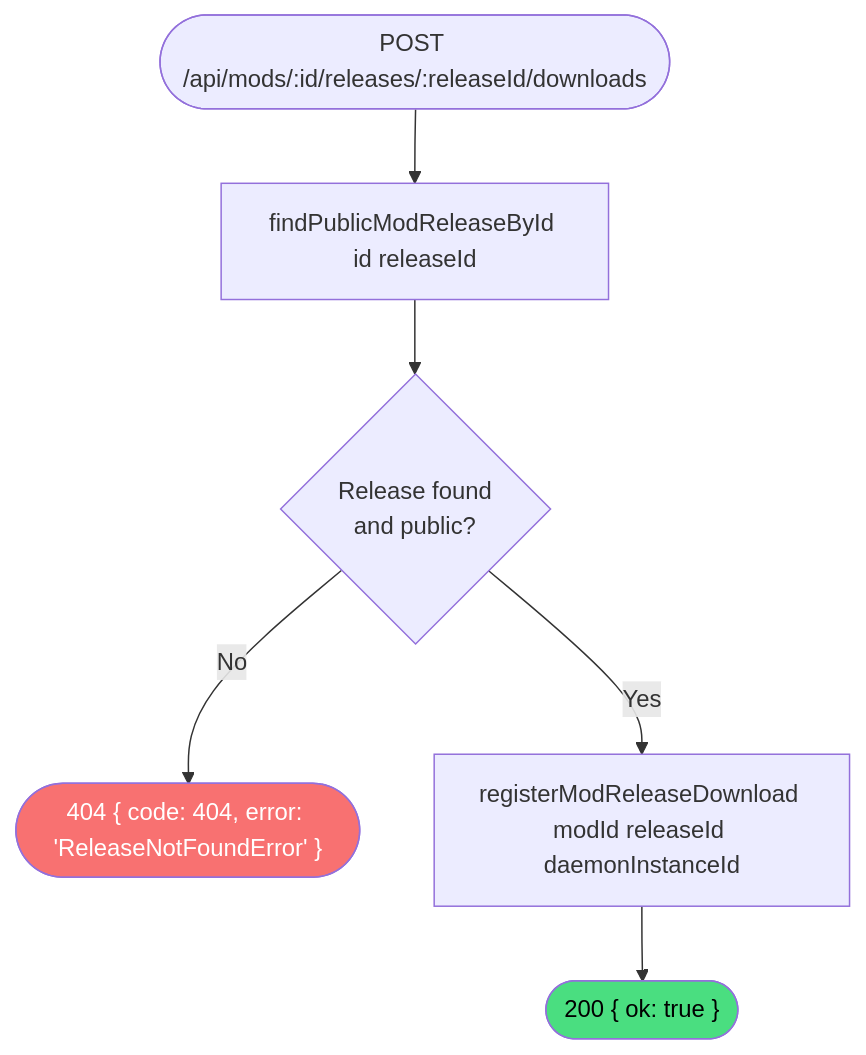
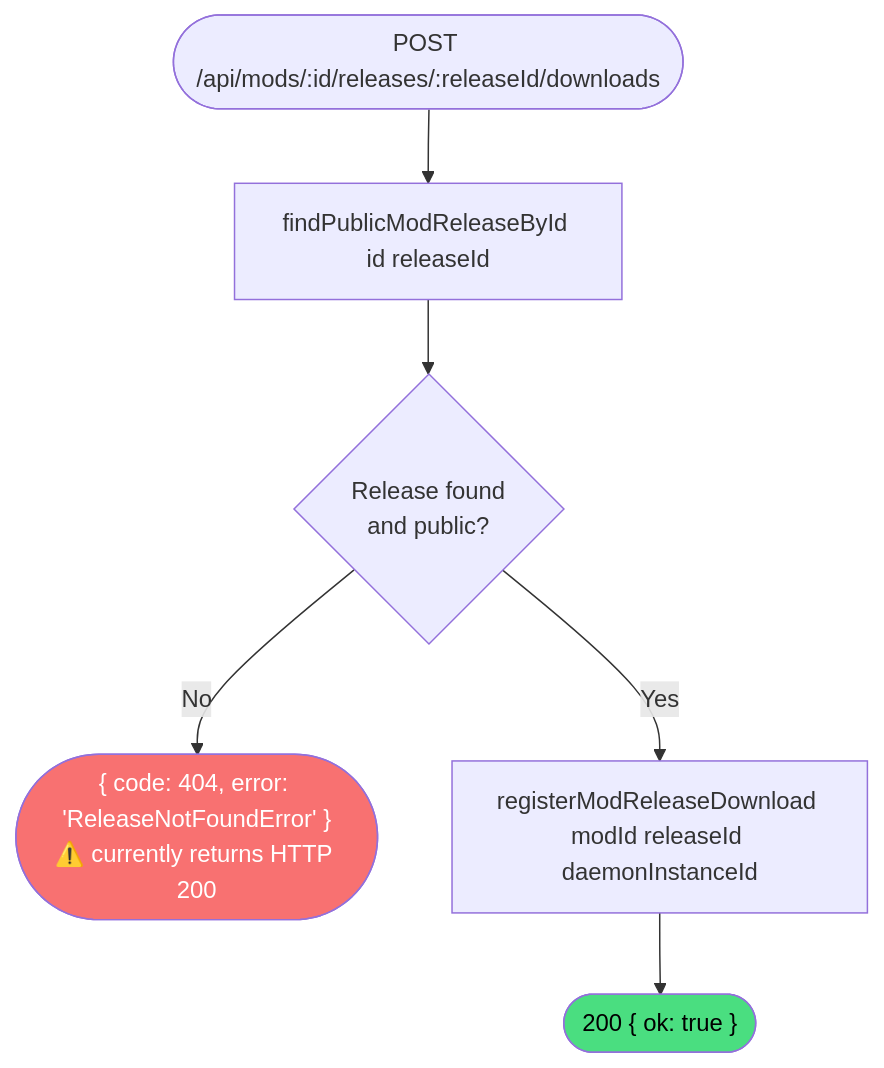
The diagram in docs/webapp/spec/register-mod-release-download.md (flying-dice/dcs-dropzone), drawn with Mermaid before and after one commit. The commit also changed other lines of this file and 5 other files, not shown here.

````diff
--- a/docs/webapp/spec/register-mod-release-download.md
+++ b/docs/webapp/spec/register-mod-release-download.md
@@ -46,14 +48,14 @@
 ```mermaid
 flowchart TD
     Start(["POST /api/mods/:id/releases/:releaseId/downloads"]) --> FindRelease[findPublicModReleaseById id releaseId]
 
     FindRelease --> Found{Release found<br/>and public?}
 
-    Found -- No --> NotFound(["404 { code: 404, error: 'ReleaseNotFoundError' }"])
+    Found -- No --> NotFound(["{ code: 404, error: 'ReleaseNotFoundError' }<br/>⚠️ currently returns HTTP 200"])
     Found -- Yes --> Register[registerModReleaseDownload modId releaseId daemonInstanceId]
 
     Register --> Done(["200 { ok: true }"])
 
     style NotFound fill:#f87171,color:#fff
     style Done fill:#4ade80,color:#000
 ```
````
